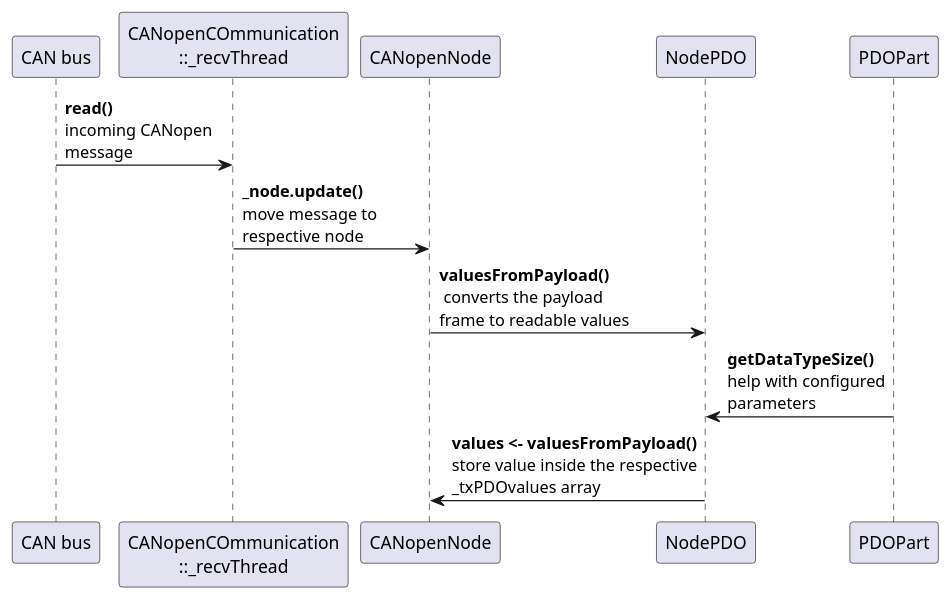
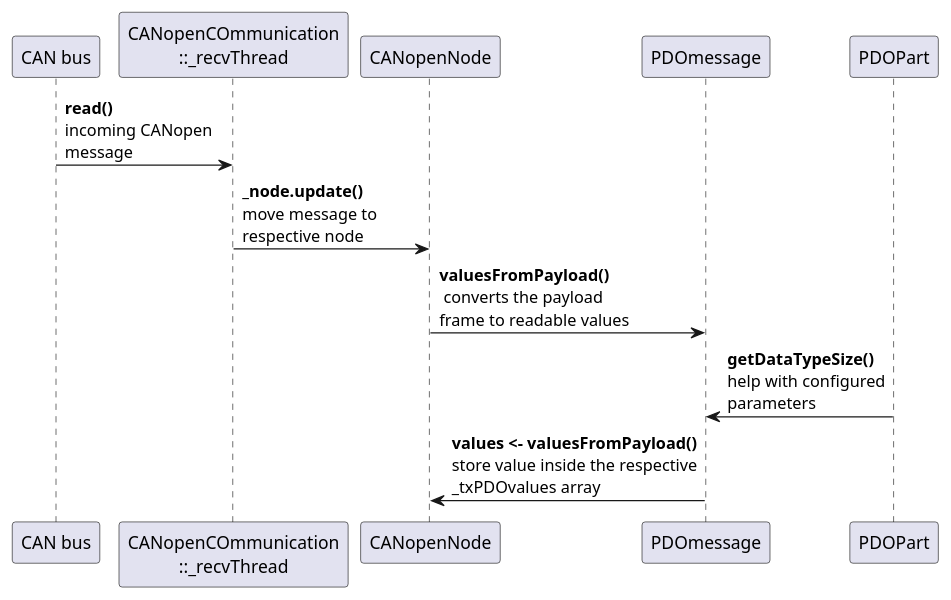
Before and after one commit to griloHBG/passivity_project: the diagram in ReceiveCANframe.puml, drawn with PlantUML. The commit also changed 17 other files, not shown here.

```diff
--- a/ReceiveCANframe.puml
+++ b/ReceiveCANframe.puml
@@ -1,8 +1,8 @@
 @startuml
 "CAN bus" ->"CANopenCOmmunication\n::_recvThread" : **read()**\nincoming CANopen\nmessage
 "CANopenCOmmunication\n::_recvThread" -> CANopenNode : **_node.update()**\nmove message to\nrespective node
-CANopenNode -> NodePDO: **valuesFromPayload()**\n converts the payload\nframe to readable values
-'NodePDO -> PDOPart: uses PDOPart\nconfig to conversion
-PDOPart -> NodePDO: **getDataTypeSize()**\nhelp with configured\nparameters
-NodePDO -> CANopenNode: **values <- valuesFromPayload()**\nstore value inside the respective\n_txPDOvalues array
+CANopenNode -> PDOmessage: **valuesFromPayload()**\n converts the payload\nframe to readable values
+'PDOmessage -> PDOPart: uses PDOPart\nconfig to conversion
+PDOPart -> PDOmessage: **getDataTypeSize()**\nhelp with configured\nparameters
+PDOmessage -> CANopenNode: **values <- valuesFromPayload()**\nstore value inside the respective\n_txPDOvalues array
 @enduml
```
